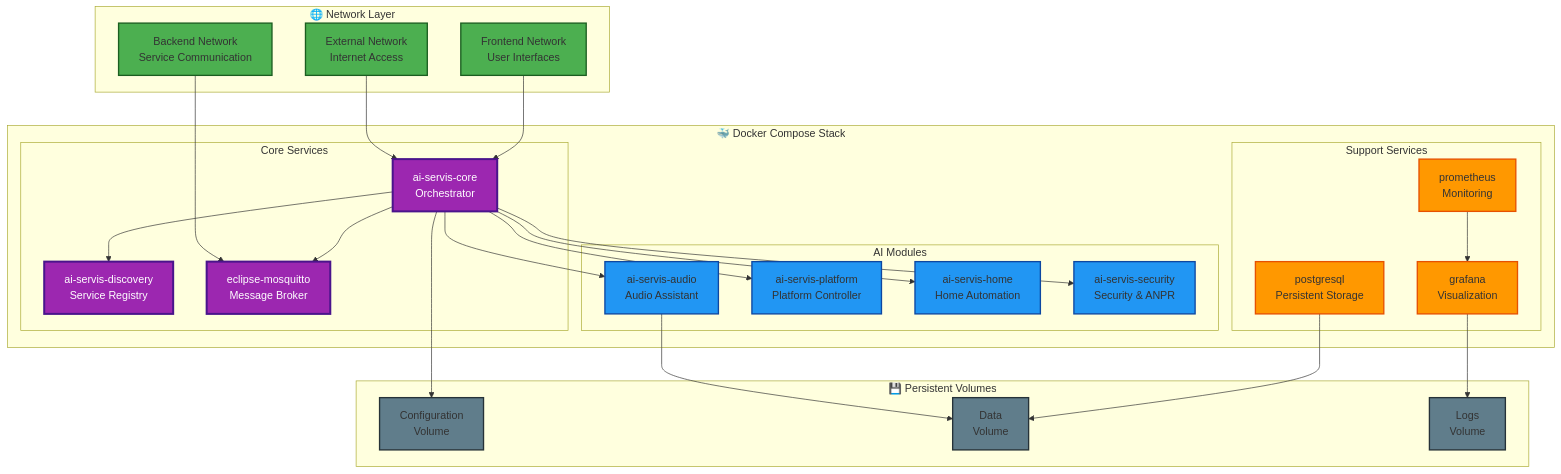
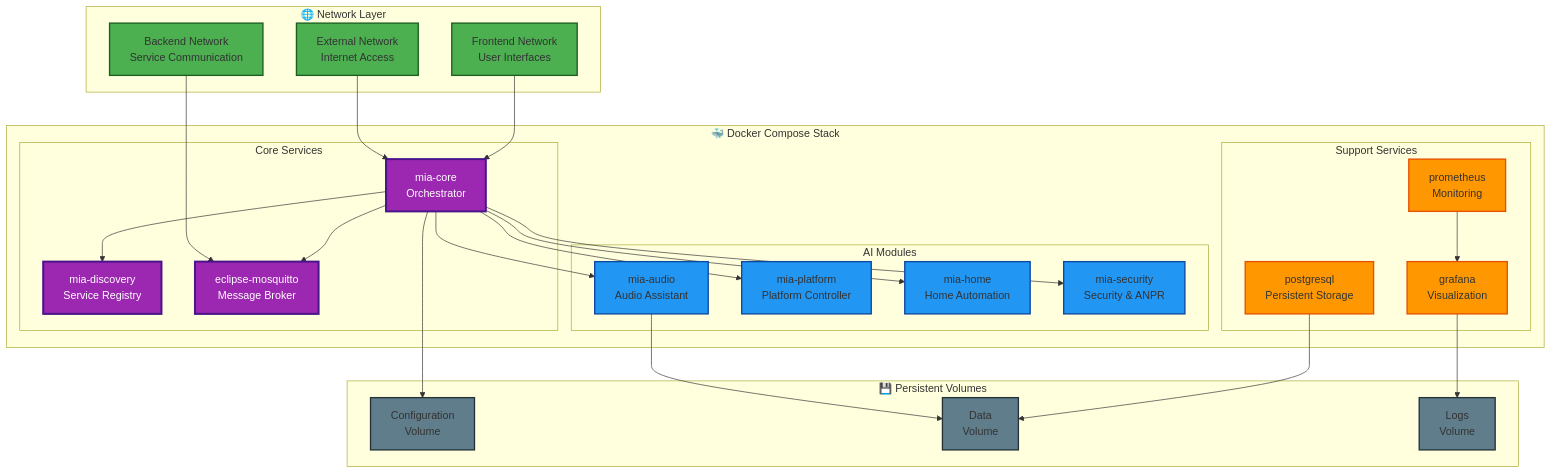
Diagram 12 of 16 in docs/architecture/diagrams.md (sparesparrow/mia), drawn with Mermaid before and after one commit. The commit also changed 27 other files, not shown here.

````diff
--- a/docs/architecture/diagrams.md
+++ b/docs/architecture/diagrams.md
@@ -560,65 +560,65 @@
 ```mermaid
 graph TB
     subgraph "🐳 Docker Compose Stack"
         subgraph "Core Services"
-            CoreContainer[ai-servis-core<br/>Orchestrator]
-            DiscoveryContainer[ai-servis-discovery<br/>Service Registry]
+            CoreContainer[mia-core<br/>Orchestrator]
+            DiscoveryContainer[mia-discovery<br/>Service Registry]
             MQTTContainer[eclipse-mosquitto<br/>Message Broker]
         end
         
         subgraph "AI Modules"
-            AudioContainer[ai-servis-audio<br/>Audio Assistant]
-            PlatformContainer[ai-servis-platform<br/>Platform Controller]
-            HomeContainer[ai-servis-home<br/>Home Automation]
-            SecurityContainer[ai-servis-security<br/>Security & ANPR]
+            AudioContainer[mia-audio<br/>Audio Assistant]
+            PlatformContainer[mia-platform<br/>Platform Controller]
+            HomeContainer[mia-home<br/>Home Automation]
+            SecurityContainer[mia-security<br/>Security & ANPR]
         end
         
         subgraph "Support Services"
             MonitorContainer[prometheus<br/>Monitoring]
             LogsContainer[grafana<br/>Visualization]
             StorageContainer[postgresql<br/>Persistent Storage]
         end
     end
     
     subgraph "🌐 Network Layer"
         Frontend[Frontend Network<br/>User Interfaces]
         Backend[Backend Network<br/>Service Communication]
         External[External Network<br/>Internet Access]
     end
     
     subgraph "💾 Persistent Volumes"
         ConfigVol[Configuration<br/>Volume]
         DataVol[Data<br/>Volume]
         LogsVol[Logs<br/>Volume]
     end
     
     CoreContainer --> DiscoveryContainer
     CoreContainer --> MQTTContainer
     CoreContainer --> AudioContainer
     CoreContainer --> PlatformContainer
     CoreContainer --> HomeContainer
     CoreContainer --> SecurityContainer
     
     MonitorContainer --> LogsContainer
     StorageContainer --> DataVol
     
     Frontend --> CoreContainer
     Backend --> MQTTContainer
     External --> CoreContainer
     
     CoreContainer --> ConfigVol
     AudioContainer --> DataVol
     LogsContainer --> LogsVol
     
     classDef core fill:#9c27b0,stroke:#4a148c,stroke-width:3px,color:#fff
     classDef modules fill:#2196f3,stroke:#0d47a1,stroke-width:2px
     classDef support fill:#ff9800,stroke:#e65100,stroke-width:2px
     classDef network fill:#4caf50,stroke:#1b5e20,stroke-width:2px
     classDef storage fill:#607d8b,stroke:#263238,stroke-width:2px
     
     class CoreContainer,DiscoveryContainer,MQTTContainer core
     class AudioContainer,PlatformContainer,HomeContainer,SecurityContainer modules
     class MonitorContainer,LogsContainer,StorageContainer support
     class Frontend,Backend,External network
     class ConfigVol,DataVol,LogsVol storage
 ```
````
